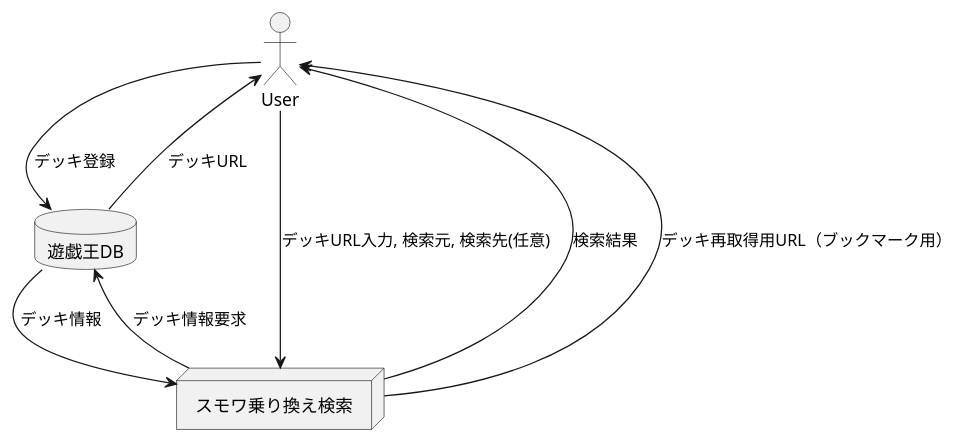
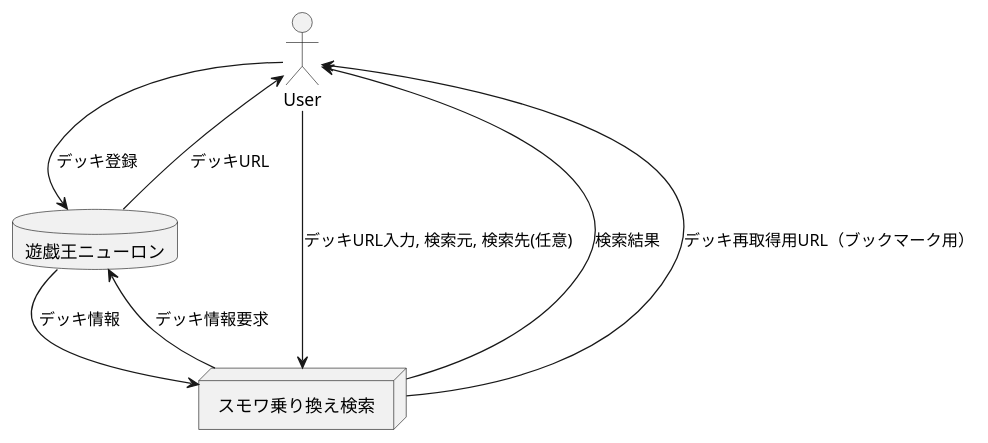
One commit to ikishichi/ygo-small-world-transit changed the second of 6 diagrams in docs/ygo-small-world-transit.md. Above: the diagram before and after it, drawn with PlantUML. The commit also changed other lines of this file and 7 other files, not shown here.

````diff
--- a/docs/ygo-small-world-transit.md
+++ b/docs/ygo-small-world-transit.md
@@ -29,15 +29,15 @@
 ```plantuml
 @startuml
 actor User as user
-database 遊戯王DB as db
+database 遊戯王ニューロン as db
 node "スモワ乗り換え検索" as sw
 
 user --> db : デッキ登録
 db --> user : デッキURL
 user --> sw : デッキURL入力, 検索元, 検索先(任意)
 sw --> user : 検索結果
 sw --> db : デッキ情報要求
 db --> sw : デッキ情報
 sw --> user : デッキ再取得用URL（ブックマーク用）
 @enduml
 ```
````
